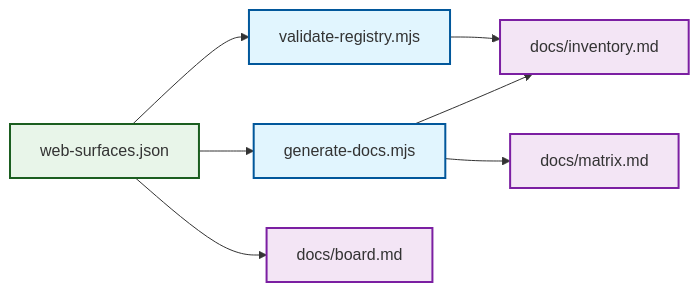
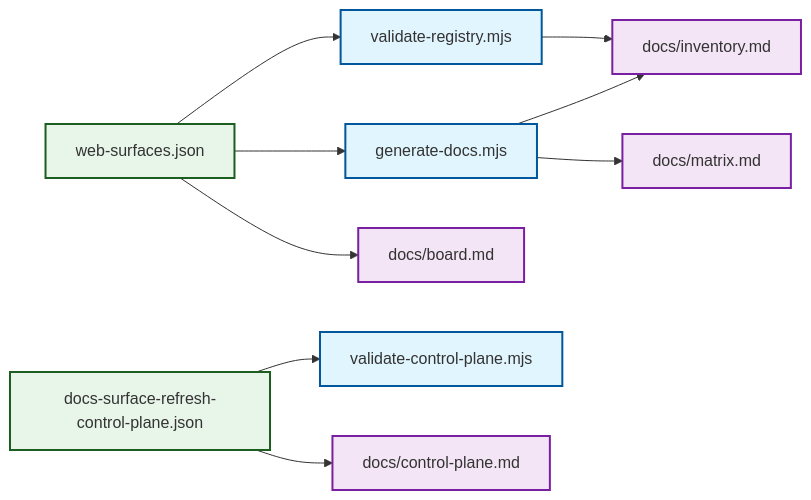
One commit to OpenSIN-AI/OpenSIN-Web-Surface-Plan changed the diagram in docs/board.md. Above: the diagram before and after it, drawn with Mermaid. The commit also changed other lines of this file and 2 other files, not shown here.

Commit message:
docs: document docs refresh governance policy
Ultraworked with [Sisyphus](https://github.com/code-yeongyu/oh-my-openagent)

````diff
--- a/docs/board.md
+++ b/docs/board.md
@@ -15,17 +17,19 @@
 ```mermaid
 flowchart LR
   Registry["web-surfaces.json"] --> Validate["validate-registry.mjs"]
+  ControlPlane["docs-surface-refresh-control-plane.json"] --> ValidateProgram["validate-control-plane.mjs"]
   Registry --> Generate["generate-docs.mjs"]
   Validate --> Inventory["docs/inventory.md"]
   Generate --> Inventory
   Generate --> Matrix["docs/matrix.md"]
+  ControlPlane --> ProgramDoc["docs/control-plane.md"]
   Registry --> Board["docs/board.md"]
 
   classDef source fill:#e8f5e9,stroke:#1b5e20,stroke-width:2px
   classDef tool fill:#e1f5fe,stroke:#01579b,stroke-width:2px
   classDef doc fill:#f3e5f5,stroke:#7b1fa2,stroke-width:2px
 
-  class Registry source
-  class Validate,Generate tool
-  class Inventory,Matrix,Board doc
+  class Registry,ControlPlane source
+  class Validate,ValidateProgram,Generate tool
+  class Inventory,Matrix,Board,ProgramDoc doc
 ```
````
